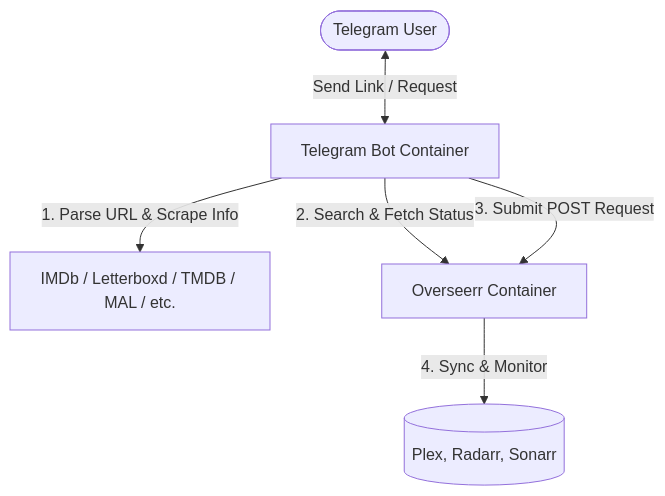
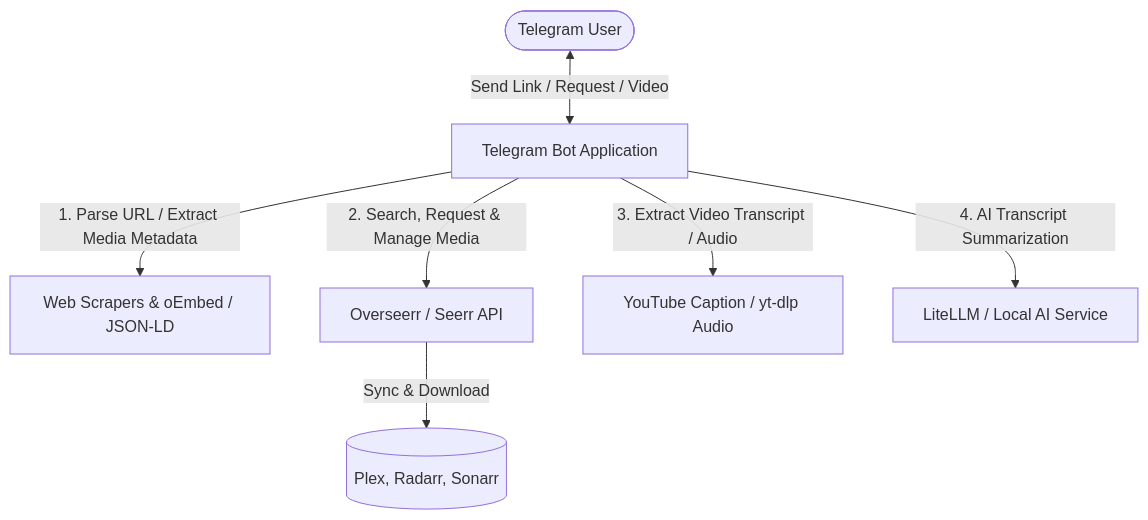
The diagram in README.md (limaflucas/my-media-aigent), drawn with Mermaid before and after one commit. The commit also changed other lines of this file and 21 other files, not shown here.

````diff
--- a/README.md
+++ b/README.md
@@ -16,8 +9,9 @@
 ```mermaid
 graph TD
-    User([Telegram User]) <-->|Send Link / Request| Bot[Telegram Bot Container]
-    Bot -->|1. Parse URL & Scrape Info| TargetSite[IMDb / Letterboxd / TMDB / MAL / etc.]
-    Bot -->|2. Search & Fetch Status| Seerr[Overseerr Container]
-    Bot -->|3. Submit POST Request| Seerr
-    Seerr -->|4. Sync & Monitor| PlexRadarrSonarr[(Plex, Radarr, Sonarr)]
+    User([Telegram User]) <-->|Send Link / Request / Video| Bot[Telegram Bot Application]
+    Bot -->|1. Parse URL / Extract Media Metadata| Scraper[Web Scrapers & oEmbed / JSON-LD]
+    Bot -->|2. Search, Request & Manage Media| Overseerr[Overseerr / Seerr API]
+    Bot -->|3. Extract Video Transcript / Audio| Extractor[YouTube Caption / yt-dlp Audio]
+    Bot -->|4. AI Transcript Summarization| LiteLLM[LiteLLM / Local AI Service]
+    Overseerr -->|Sync & Download| Servarr[(Plex, Radarr, Sonarr)]
 ```
````
